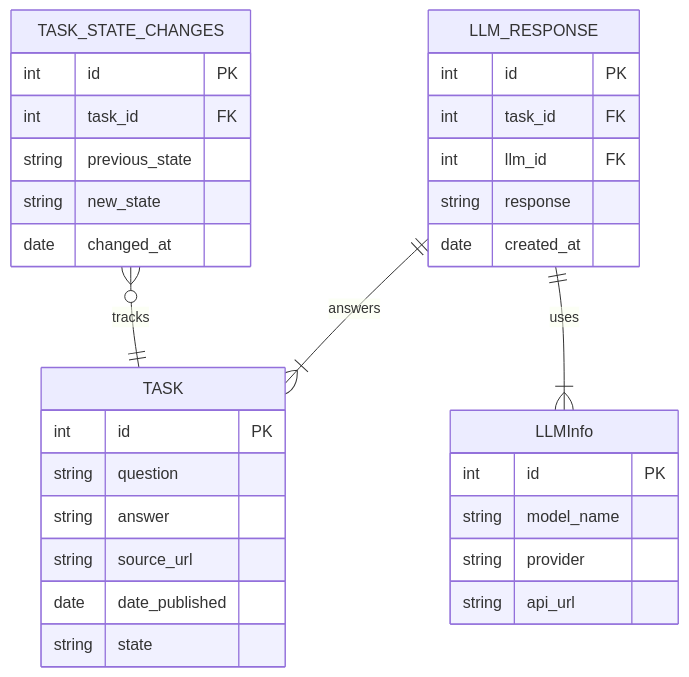
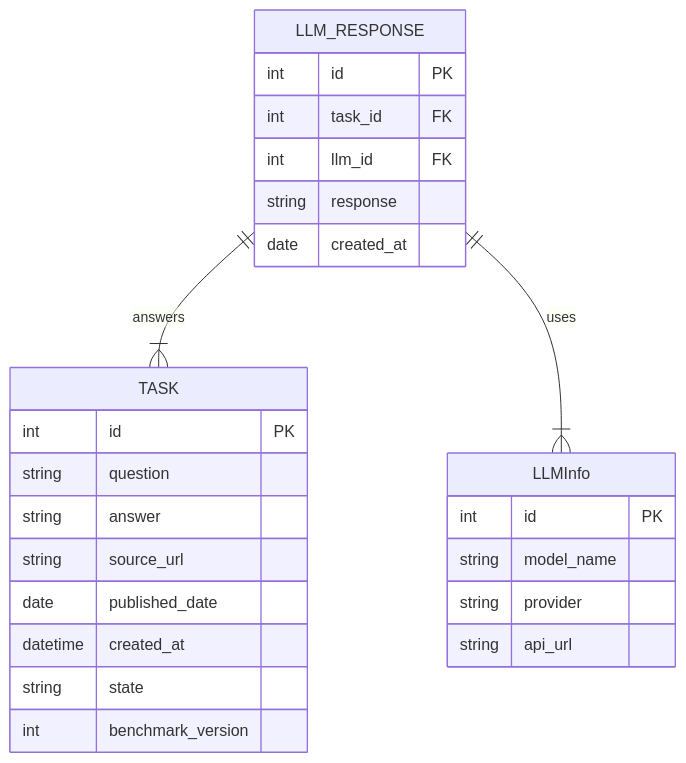
The diagram in docs/db_relations.md (ruslann19/llm_benchmark), drawn with Mermaid before and after one commit. The commit also changed 13 other files, not shown here.

````diff
--- a/docs/db_relations.md
+++ b/docs/db_relations.md
@@ -3,34 +3,28 @@
 ```mermaid
 erDiagram
-    TASK_STATE_CHANGES }o--|| TASK : "tracks"
     LLM_RESPONSE ||--|{ TASK : "answers"
     LLM_RESPONSE ||--|{ LLMInfo : "uses"
     TASK {
         int id PK
         string question
         string answer
         string source_url
-        date date_published
+        date published_date
+        datetime created_at
         string state
-    }
-    TASK_STATE_CHANGES {
-        int id PK
-        int task_id FK
-        string previous_state
-        string new_state
-        date changed_at
+        int benchmark_version
     }
     LLM_RESPONSE {
         int id PK
         int task_id FK
         int llm_id FK
         string response
         date created_at
     }
     LLMInfo {
         int id PK
         string model_name
         string provider
         string api_url
     }
 ```
````
